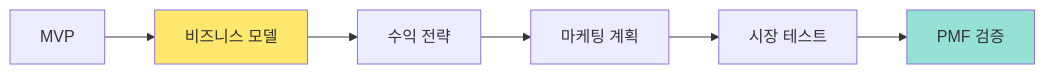
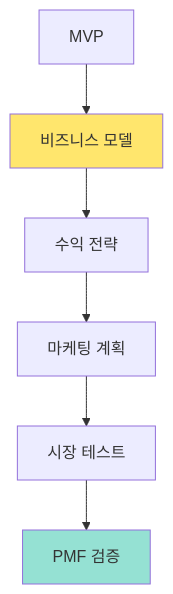
Before and after one commit to Collegenie-X/AI-Vive-Coding: diagram 17 of 31 in Docs/AI교육_가상환경_비즈니스_중심_프로그램.md, drawn with Mermaid. The commit also changed other lines of this file, not shown here.

````diff
--- a/Docs/AI교육_가상환경_비즈니스_중심_프로그램.md
+++ b/Docs/AI교육_가상환경_비즈니스_중심_프로그램.md
@@ -791,11 +791,11 @@
 ```mermaid
-graph LR
+graph TD
     A[MVP] --> B[비즈니스 모델]
     B --> C[수익 전략]
     C --> D[마케팅 계획]
     D --> E[시장 테스트]
     E --> F[PMF 검증]
     
     style B fill:#ffe66d
     style F fill:#95e1d3
 ```
````
